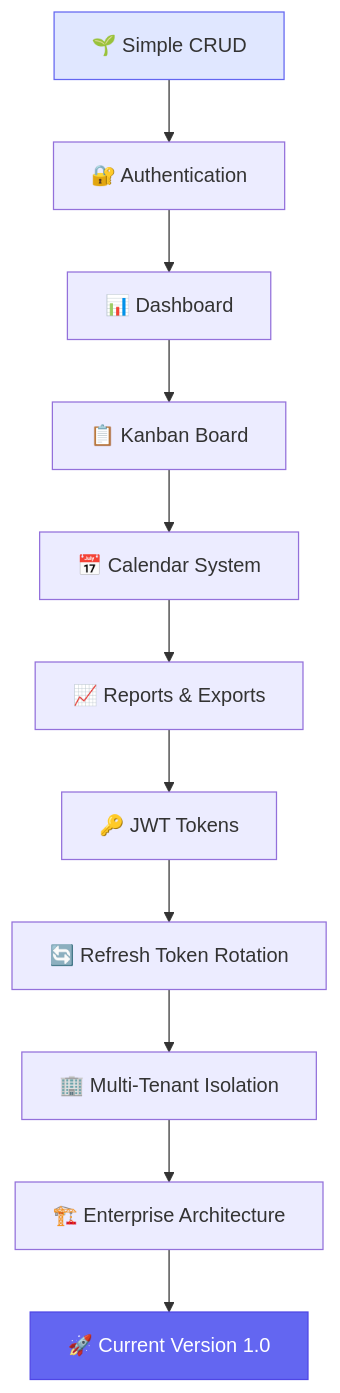
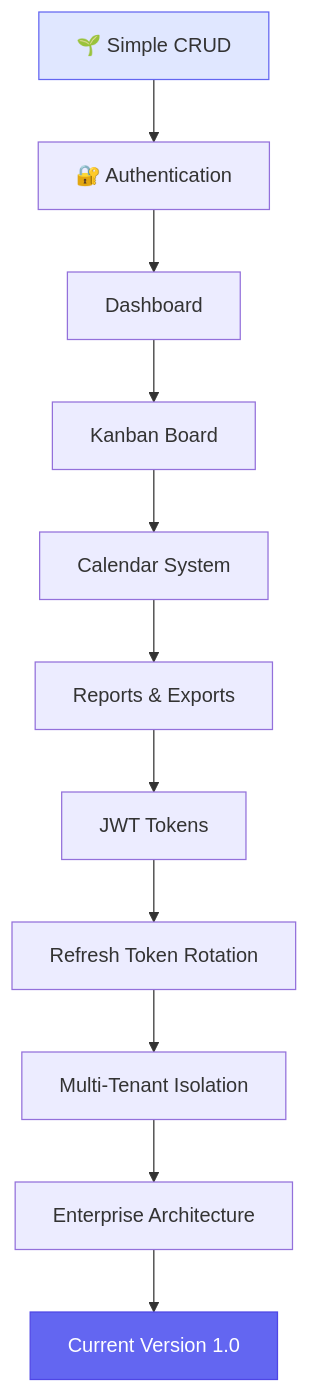
The diagram in README.md (vanderlei-vidor/task-manager-pro), drawn with Mermaid before and after one commit. The commit also changed other lines of this file, not shown here.

````diff
--- a/README.md
+++ b/README.md
@@ -707,16 +707,16 @@
 ```mermaid
 graph TD
     A[🌱 Simple CRUD] --> B[🔐 Authentication]
-    B --> C[📊 Dashboard]
-    C --> D[📋 Kanban Board]
-    D --> E[📅 Calendar System]
-    E --> F[📈 Reports & Exports]
-    F --> G[🔑 JWT Tokens]
-    G --> H[🔄 Refresh Token Rotation]
-    H --> I[🏢 Multi-Tenant Isolation]
-    I --> J[🏗️ Enterprise Architecture]
-    J --> K[🚀 Current Version 1.0]
+    B --> C[ Dashboard]
+    C --> D[ Kanban Board]
+    D --> E[ Calendar System]
+    E --> F[ Reports & Exports]
+    F --> G[ JWT Tokens]
+    G --> H[ Refresh Token Rotation]
+    H --> I[ Multi-Tenant Isolation]
+    I --> J[ Enterprise Architecture]
+    J --> K[ Current Version 1.0]
     
     style A fill:#e0e7ff,stroke:#6366f1
     style K fill:#6366f1,stroke:#4f46e5,color:#fff
 ```
````
